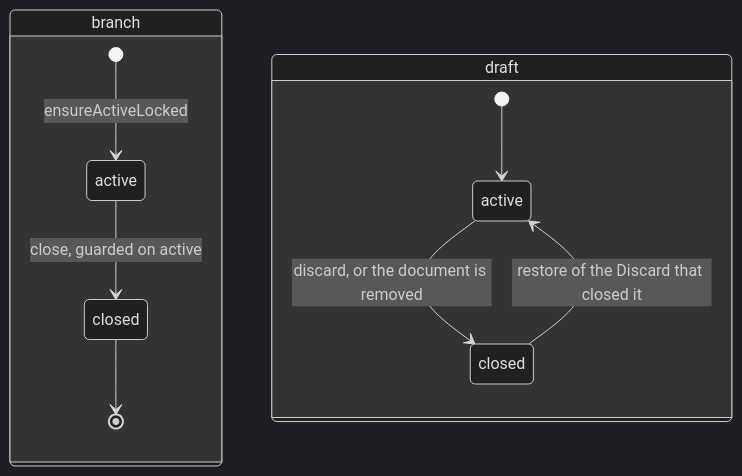
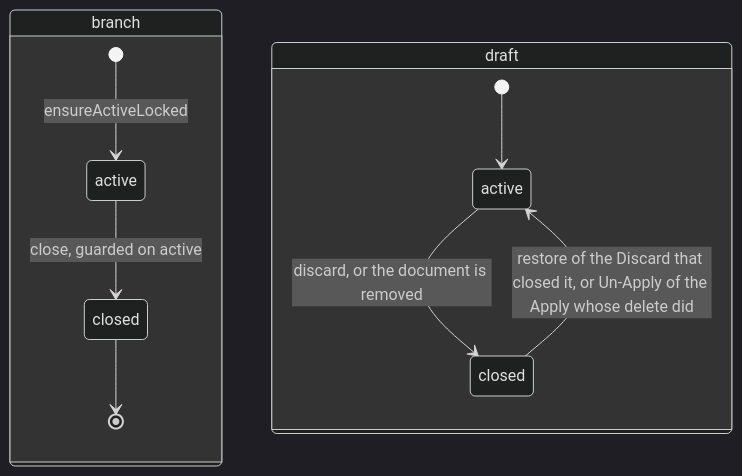
The diagram in apps/server/server/domains/collab/.context/state-machines.md (haowjy/meridian-flow), drawn with Mermaid (dark theme) before and after one commit. The commit also changed other lines of this file and 19 other files, not shown here.

First line of the commit message:
Reopen a closed draft with one function; Un-Apply reads by the Apply (never-refuse B2)

````diff
--- a/apps/server/server/domains/collab/.context/state-machines.md
+++ b/apps/server/server/domains/collab/.context/state-machines.md
@@ -12,17 +12,17 @@
 ```mermaid
 stateDiagram-v2
   state "branch" as B {
     [*] --> b_active: ensureActiveLocked
     b_active --> b_closed: close, guarded on active
     b_closed --> [*]
     state "active" as b_active
     state "closed" as b_closed
   }
   state "draft" as D {
     [*] --> d_active
     d_active --> d_closed: discard, or the document is removed
-    d_closed --> d_active: restore of the Discard that closed it
+    d_closed --> d_active: restore of the Discard that closed it, or Un-Apply of the Apply whose delete did
     state "active" as d_active
     state "closed" as d_closed
   }
 ```
````
